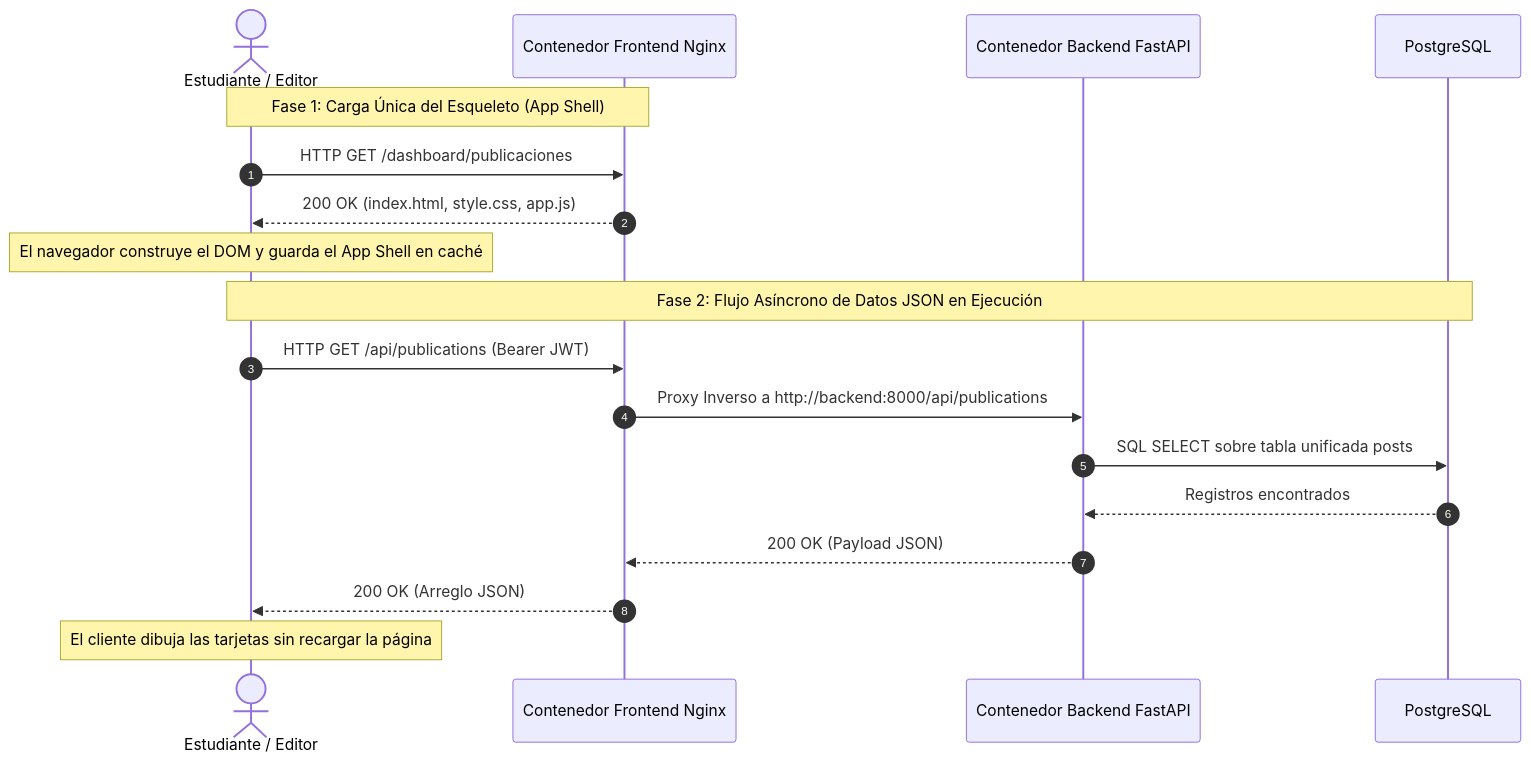
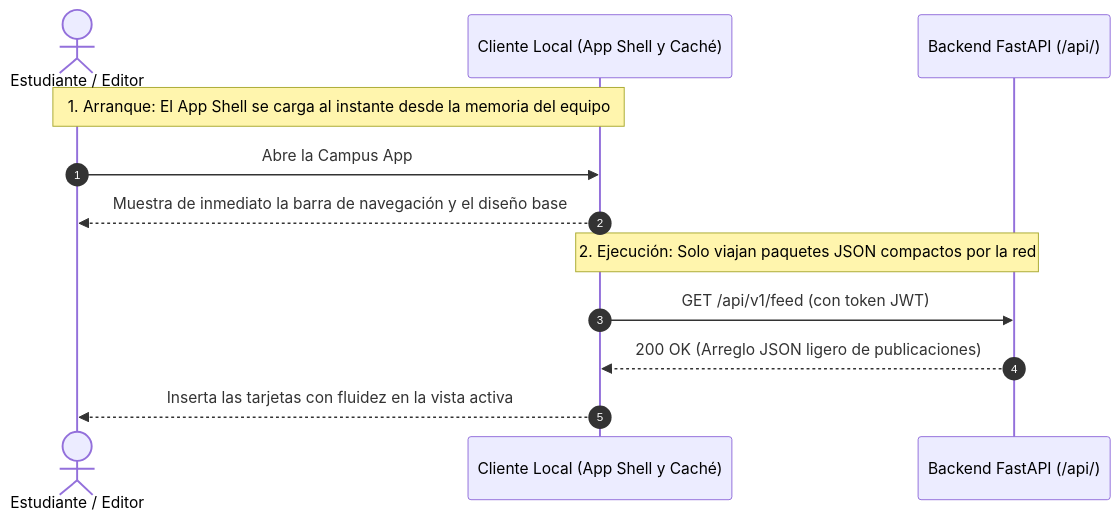
One commit to Pascal-Thommen/pascal-thommen.github.io changed the first of 2 diagrams in content/posts/upa-campus-app-architecture-part-4/index.es.md. Above: the diagram before and after it, drawn with Mermaid. The commit also changed other lines of this file and 25 other files, not shown here.

Commit message:
feat(series): greenfield rewrite of UPA Campus App series and language-aware navigation (#17)

````diff
--- a/content/posts/upa-campus-app-architecture-part-4/index.es.md
+++ b/content/posts/upa-campus-app-architecture-part-4/index.es.md
@@ -30,22 +30,16 @@
 ```mermaid
 sequenceDiagram
     autonumber
     actor User as Estudiante / Editor
-    participant Nginx as Contenedor Frontend Nginx
-    participant Backend as Contenedor Backend FastAPI
-    participant DB as PostgreSQL
+    participant Client as Cliente Local (App Shell y Caché)
+    participant API as Backend FastAPI (/api/)
 
-    Note over User,Nginx: Fase 1: Carga Única del Esqueleto (App Shell)
-    User->>Nginx: HTTP GET /dashboard/publicaciones
-    Nginx-->>User: 200 OK (index.html, style.css, app.js)
-    Note over User: El navegador construye el DOM y guarda el App Shell en caché
+    Note over User,Client: 1. Arranque: El App Shell se carga al instante desde la memoria del equipo
+    User->>Client: Abre la Campus App
+    Client-->>User: Muestra de inmediato la barra de navegación y el diseño base
 
-    Note over User,DB: Fase 2: Flujo Asíncrono de Datos JSON en Ejecución
-    User->>Nginx: HTTP GET /api/publications (Bearer JWT)
-    Nginx->>Backend: Proxy Inverso a http://backend:8000/api/publications
-    Backend->>DB: SQL SELECT sobre tabla unificada posts
-    DB-->>Backend: Registros encontrados
-    Backend-->>Nginx: 200 OK (Payload JSON)
-    Nginx-->>User: 200 OK (Arreglo JSON)
-    Note over User: El cliente dibuja las tarjetas sin recargar la página
+    Note over Client,API: 2. Ejecución: Solo viajan paquetes JSON compactos por la red
+    Client->>API: GET /api/v1/feed (con token JWT)
+    API-->>Client: 200 OK (Arreglo JSON ligero de publicaciones)
+    Client-->>User: Inserta las tarjetas con fluidez en la vista activa
 ```
````
